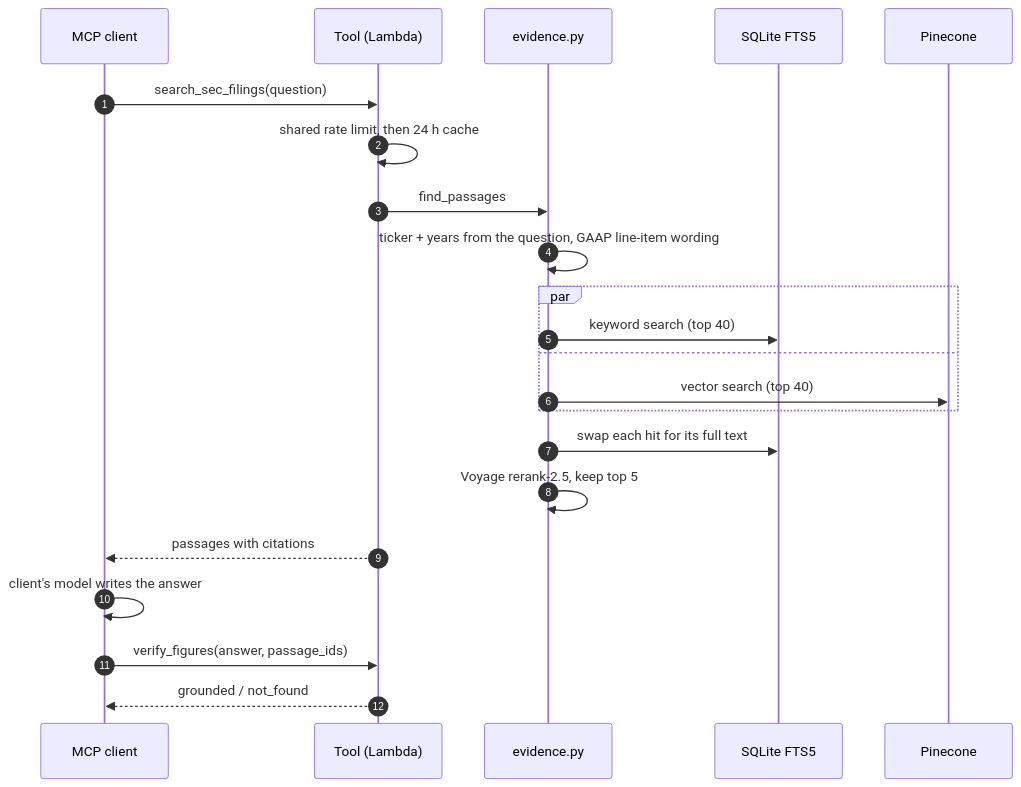
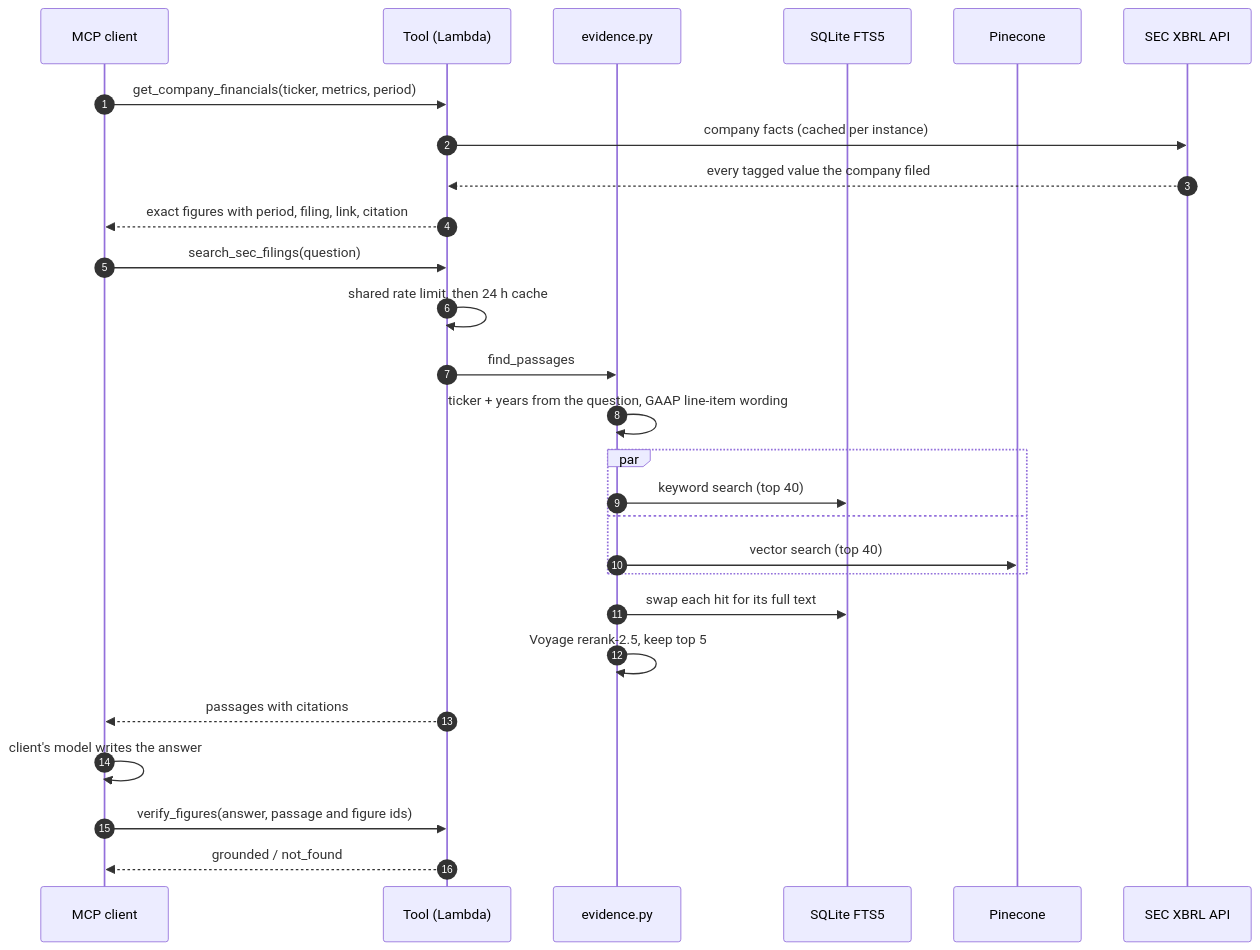
The diagram in README.md (karthikreddyyalala/FinRAG), drawn with Mermaid before and after one commit. The commit also changed other lines of this file and 1 other file, not shown here.

Commit message:
README and CHANGELOG: exact figures, the agent eval (92/14/4 vs 67/21/22 search-only) and the re-scored history

````diff
--- a/README.md
+++ b/README.md
@@ -49,25 +54,30 @@
 ```mermaid
 sequenceDiagram
     autonumber
     participant C as MCP client
     participant T as Tool (Lambda)
     participant E as evidence.py
     participant BM as SQLite FTS5
     participant PC as Pinecone
+    participant SEC as SEC XBRL API
 
+    C->>T: get_company_financials(ticker, metrics, period)
+    T->>SEC: company facts (cached per instance)
+    SEC-->>T: every tagged value the company filed
+    T-->>C: exact figures with period, filing, link, citation
     C->>T: search_sec_filings(question)
     T->>T: shared rate limit, then 24 h cache
     T->>E: find_passages
     E->>E: ticker + years from the question, GAAP line-item wording
     par
         E->>BM: keyword search (top 40)
     and
         E->>PC: vector search (top 40)
     end
     E->>BM: swap each hit for its full text
     E->>E: Voyage rerank-2.5, keep top 5
     T-->>C: passages with citations
     C->>C: client's model writes the answer
-    C->>T: verify_figures(answer, passage_ids)
+    C->>T: verify_figures(answer, passage and figure ids)
     T-->>C: grounded / not_found
 ```
````
